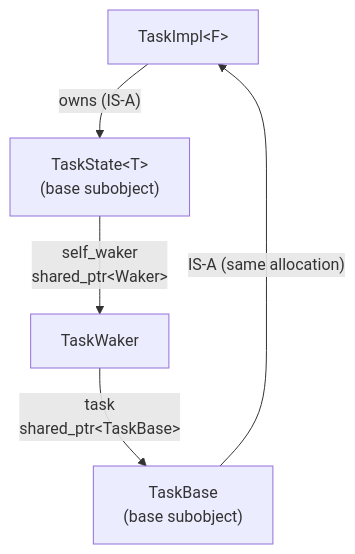
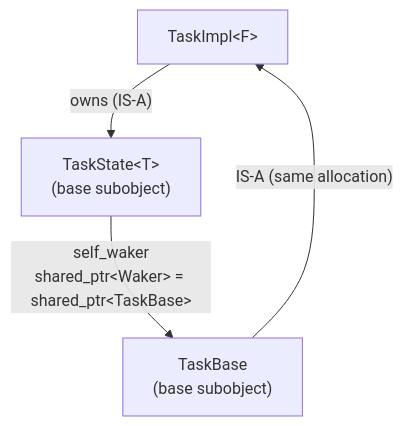
The fourth of 4 diagrams in doc/shared_ptr_cycles.md (bts164/coro), drawn with Mermaid before and after one commit. The commit also changed other lines of this file and 42 other files, not shown here.

Commit message:
Eliminated the TaskWaker and made the task itself the waker. Also added OwnedTask and use weak_ptrs to break the circular task references.

````diff
--- a/doc/shared_ptr_cycles.md
+++ b/doc/shared_ptr_cycles.md
@@ -297,12 +207,10 @@
 ```mermaid
 graph TD
     TI["TaskImpl&lt;F&gt;"]
     TS["TaskState&lt;T&gt;\n(base subobject)"]
-    TW["TaskWaker"]
     TB["TaskBase\n(base subobject)"]
 
     TI -->|"owns (IS-A)"| TS
-    TS -->|"self_waker\nshared_ptr&lt;Waker&gt;"| TW
-    TW -->|"task\nshared_ptr&lt;TaskBase&gt;"| TB
+    TS -->|"self_waker\nshared_ptr&lt;Waker&gt; = shared_ptr&lt;TaskBase&gt;"| TB
     TB -->|"IS-A (same allocation)"| TI
 ```
````
